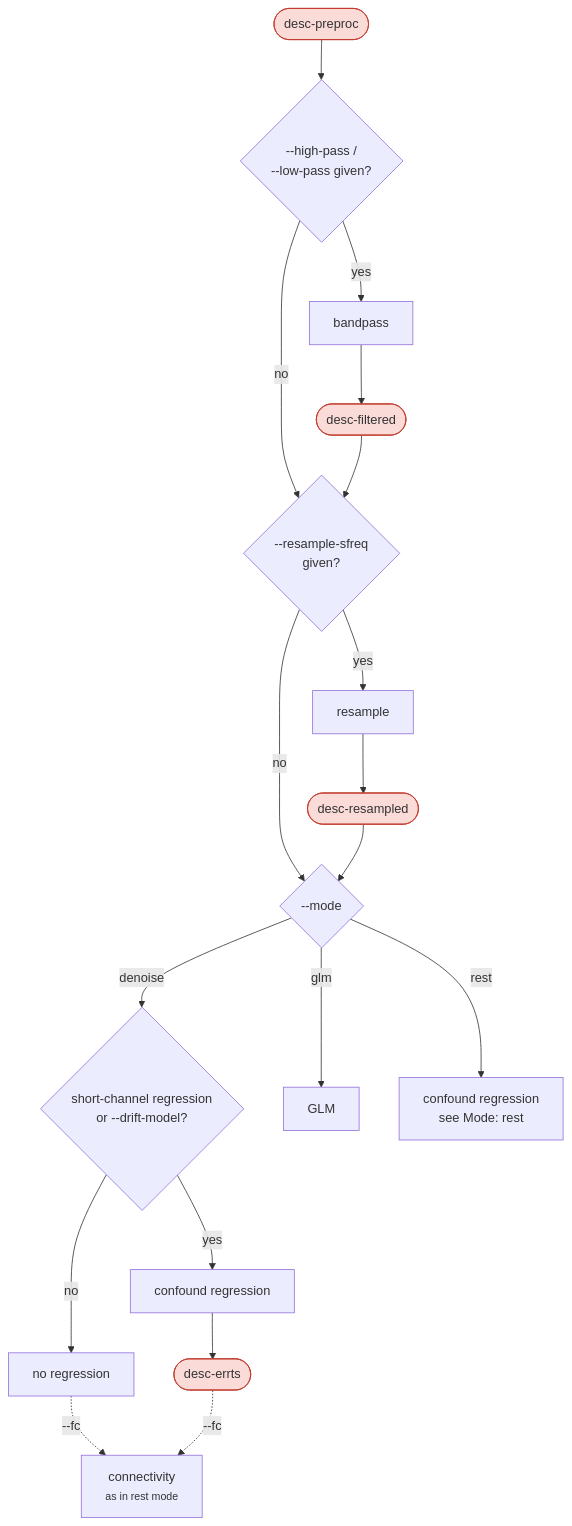
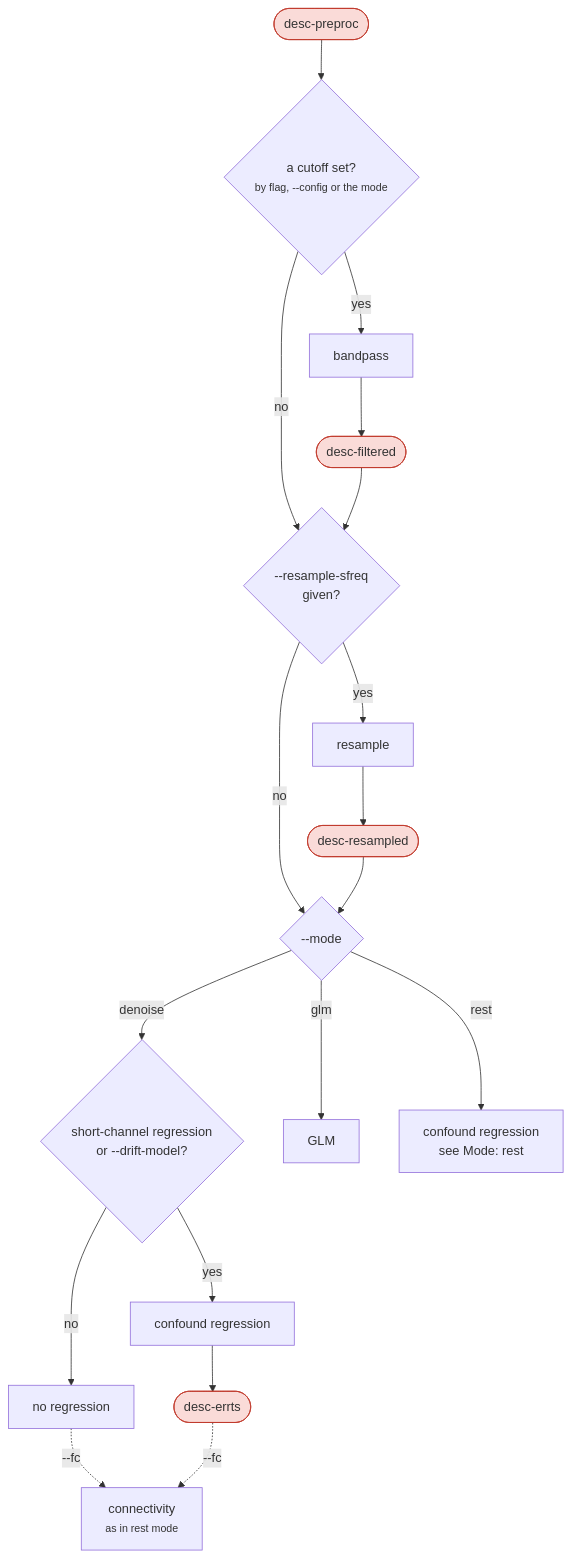
One commit to AU-CONNECT-Lab/NIRSPipe changed the second of 3 diagrams in docs/workflows.md. Above: the diagram before and after it, drawn with Mermaid. The commit also changed other lines of this file, not shown here.

````diff
--- a/docs/workflows.md
+++ b/docs/workflows.md
@@ -168,24 +171,24 @@
 ```mermaid
 flowchart TD
-    PRE(["desc-preproc"]) --> BP{"--high-pass /<br/>--low-pass given?"}
+    PRE(["desc-preproc"]) --> BP{"a cutoff set?<br/><small>by flag, --config or the mode</small>"}
     BP -->|yes| BPF["bandpass"]
     BPF --> FILT(["desc-filtered"])
     BP -->|no| RS
     FILT --> RS{"--resample-sfreq<br/>given?"}
     RS -->|yes| RSF["resample"]
     RSF --> RESA(["desc-resampled"])
     RS -->|no| MODE
     RESA --> MODE{"--mode"}
 
     MODE -->|denoise| DSC{"short-channel regression<br/>or --drift-model?"}
     DSC -->|no| DONE["no regression"]
     DSC -->|yes| DREG["confound regression"]
     DREG --> DERR(["desc-errts"])
     DONE -.->|--fc| DFC["connectivity<br/><small>as in rest mode</small>"]
     DERR -.->|--fc| DFC
     MODE -->|glm| GLM["GLM"]
     MODE -->|rest| REST["confound regression<br/>see Mode: rest"]
 
     classDef haemo fill:#fadbd8,stroke:#c0392b
     class PRE,FILT,RESA,DERR haemo
 ```
````
